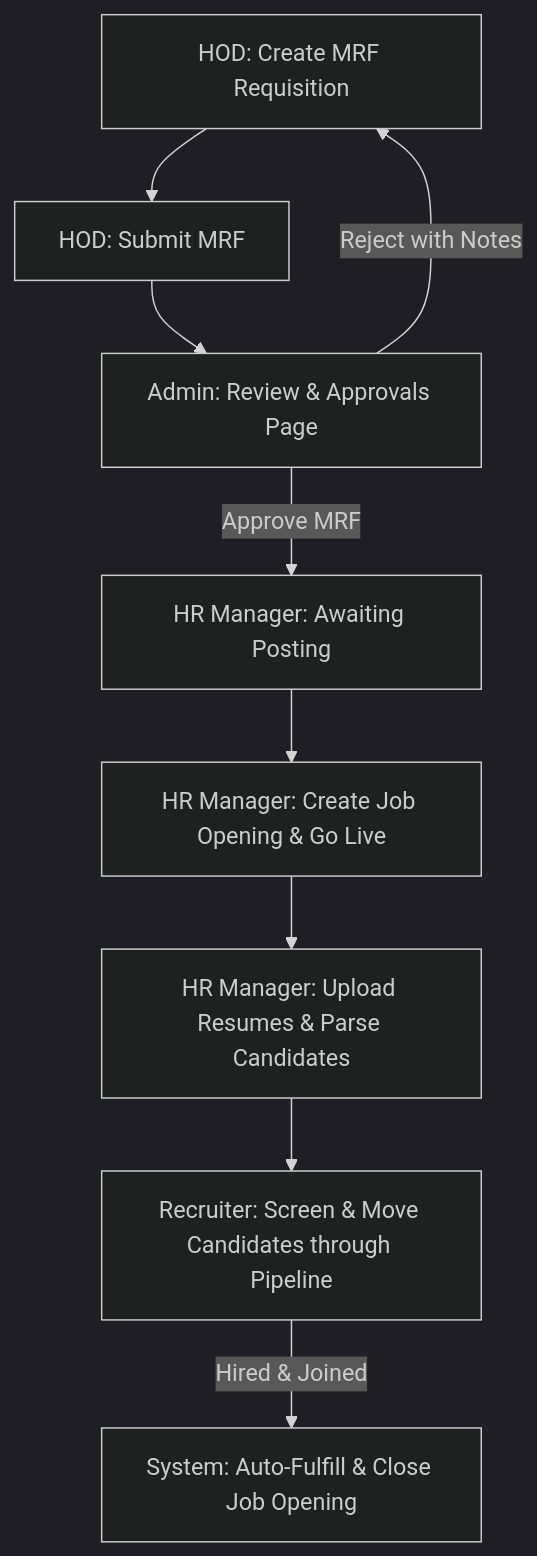
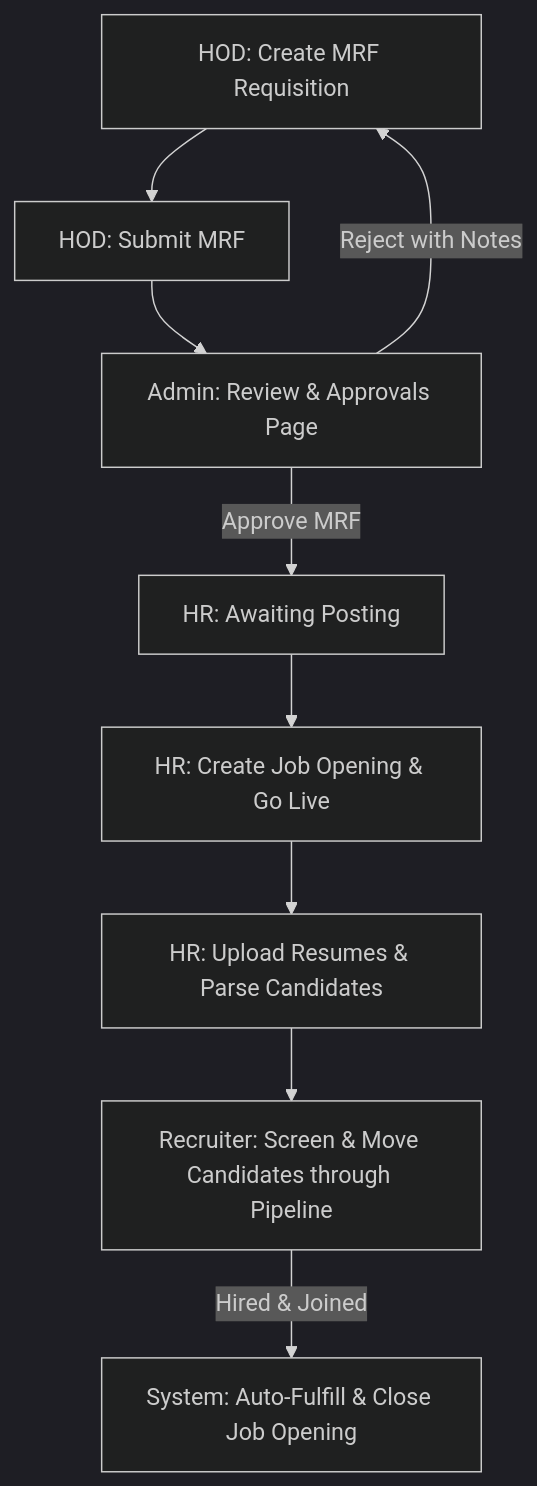
One commit to Bhavikapatel06/hr-portal-client changed the diagram in README.md. Above: the diagram before and after it, drawn with Mermaid (dark theme). The commit also changed other lines of this file and 6 other files, not shown here.

````diff
--- a/README.md
+++ b/README.md
@@ -11,11 +11,11 @@
 ```mermaid
 graph TD
     A[HOD: Create MRF Requisition] --> B[HOD: Submit MRF]
     B --> C[Admin: Review & Approvals Page]
     C -- Reject with Notes --> A
-    C -- Approve MRF --> D[HR Manager: Awaiting Posting]
-    D --> E[HR Manager: Create Job Opening & Go Live]
-    E --> F[HR Manager: Upload Resumes & Parse Candidates]
+    C -- Approve MRF --> D[HR: Awaiting Posting]
+    D --> E[HR: Create Job Opening & Go Live]
+    E --> F[HR: Upload Resumes & Parse Candidates]
     F --> G[Recruiter: Screen & Move Candidates through Pipeline]
     G -- Hired & Joined --> H[System: Auto-Fulfill & Close Job Opening]
 ```
````
